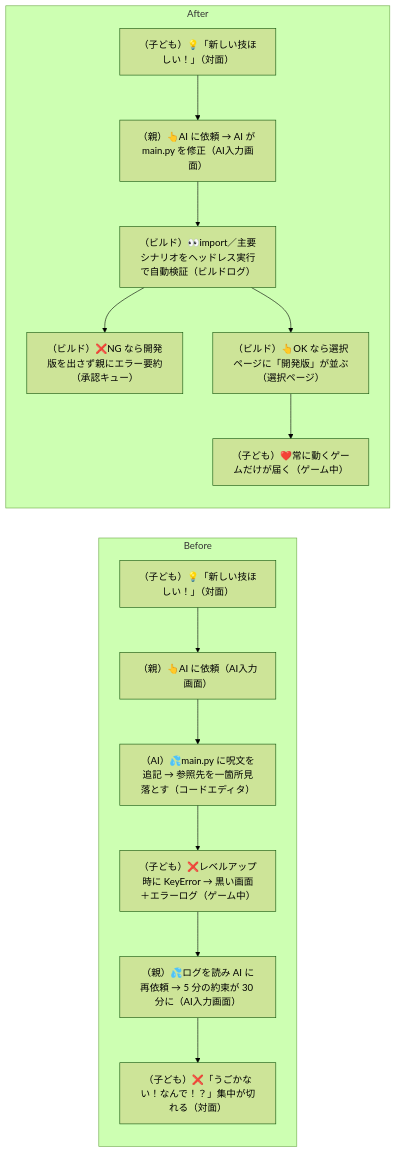
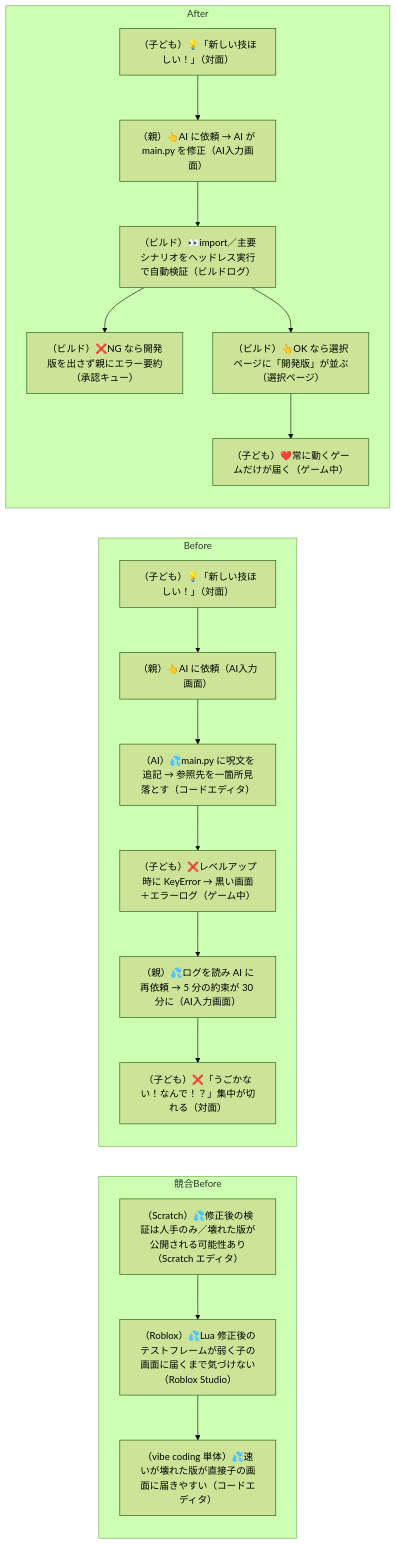
Before and after one commit to tatsuro-ueda/code-quest-pyxel: diagram 36 of 42 in docs/customer-journeys.md, drawn with Mermaid (forest theme). The commit also changed other lines of this file and 1 other file, not shown here.

````diff
--- a/docs/customer-journeys.md
+++ b/docs/customer-journeys.md
@@ -1140,19 +1140,24 @@
 ```mermaid
 flowchart LR
+    subgraph Competitor["競合Before"]
+        C1[（Scratch）💦修正後の検証は人手のみ／壊れた版が公開される可能性あり（Scratch エディタ）]
+        C1 --> C2[（Roblox）💦Lua 修正後のテストフレームが弱く子の画面に届くまで気づけない（Roblox Studio）]
+        C2 --> C3[（vibe coding 単体）💦速いが壊れた版が直接子の画面に届きやすい（コードエディタ）]
+    end
     subgraph Before["Before"]
         B1[（子ども）💡「新しい技ほしい！」（対面）]
         B1 --> B2[（親）👆AI に依頼（AI入力画面）]
         B2 --> B3[（AI）💦main.py に呪文を追記 → 参照先を一箇所見落とす（コードエディタ）]
         B3 --> B4[（子ども）❌レベルアップ時に KeyError → 黒い画面＋エラーログ（ゲーム中）]
         B4 --> B5[（親）💦ログを読み AI に再依頼 → 5 分の約束が 30 分に（AI入力画面）]
         B5 --> B6[（子ども）❌「うごかない！なんで！？」集中が切れる（対面）]
     end
     subgraph After["After"]
         A1[（子ども）💡「新しい技ほしい！」（対面）]
         A1 --> A2[（親）👆AI に依頼 → AI が main.py を修正（AI入力画面）]
         A2 --> A3[（ビルド）👀import／主要シナリオをヘッドレス実行で自動検証（ビルドログ）]
         A3 --> A4[（ビルド）❌NG なら開発版を出さず親にエラー要約（承認キュー）]
         A3 --> A5[（ビルド）👆OK なら選択ページに「開発版」が並ぶ（選択ページ）]
         A5 --> A6[（子ども）❤️常に動くゲームだけが届く（ゲーム中）]
     end
 ```
````
